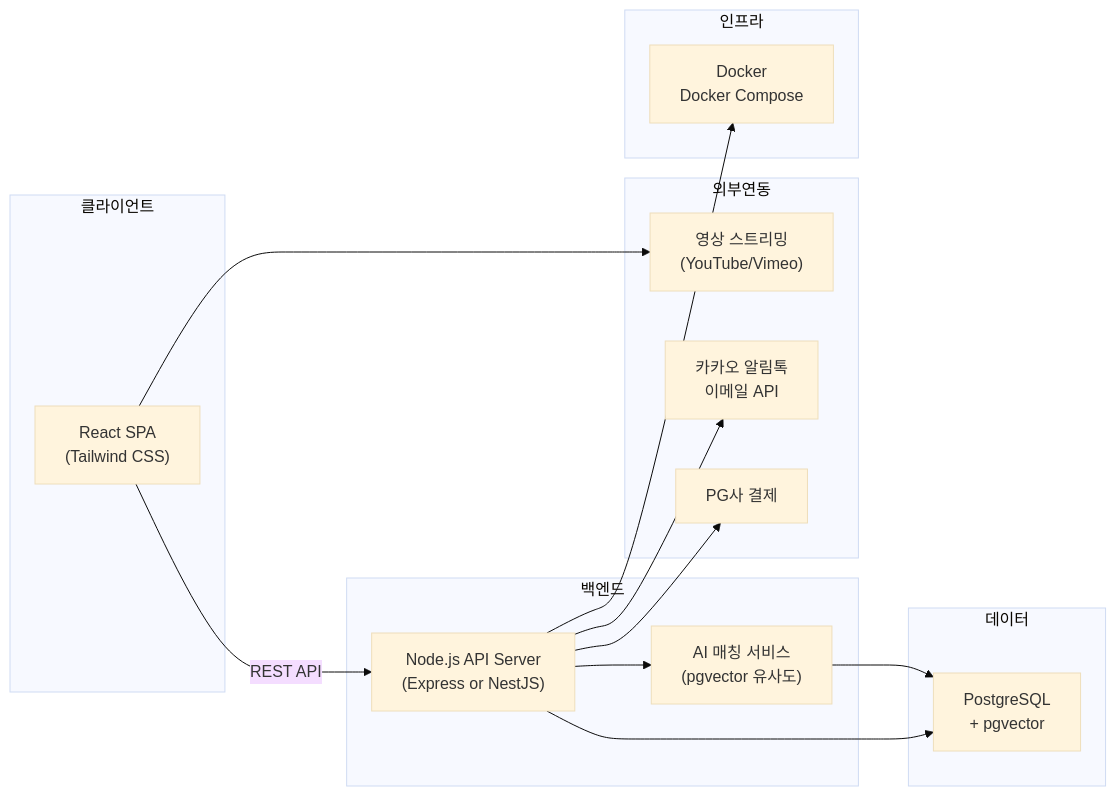
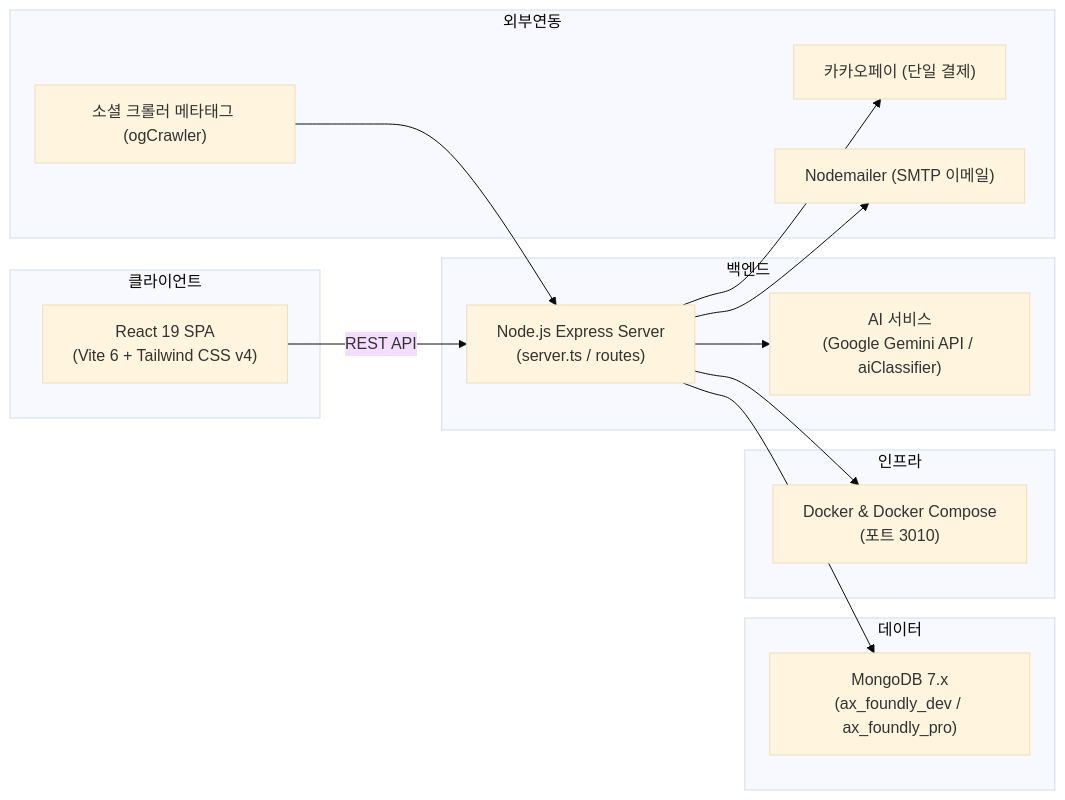
The diagram in .agents/rules/coding/00_PROJECT.md (gocolab/project_axfoundly), drawn with Mermaid (base theme) before and after one commit. The commit also changed other lines of this file and 32 other files, not shown here.

````diff
--- a/.agents/rules/coding/00_PROJECT.md
+++ b/.agents/rules/coding/00_PROJECT.md
@@ -111,30 +108,29 @@
 ```mermaid
 flowchart LR
   subgraph 클라이언트
-    WEB["React SPA\n(Tailwind CSS)"]
+    WEB["React 19 SPA\n(Vite 6 + Tailwind CSS v4)"]
   end
   subgraph 백엔드
-    API["Node.js API Server\n(Express or NestJS)"]
-    AI_SVC["AI 매칭 서비스\n(pgvector 유사도)"]
+    API["Node.js Express Server\n(server.ts / routes)"]
+    AI_SVC["AI 서비스\n(Google Gemini API / aiClassifier)"]
   end
   subgraph 데이터
-    PG["PostgreSQL\n+ pgvector"]
+    MDB["MongoDB 7.x\n(ax_foundly_dev / ax_foundly_pro)"]
   end
   subgraph 외부연동
-    PG_PAY["PG사 결제"]
-    ALARM["카카오 알림톡\n이메일 API"]
-    STREAM["영상 스트리밍\n(YouTube/Vimeo)"]
+    KAKAO["카카오페이 (단일 결제)"]
+    MAIL["Nodemailer (SMTP 이메일)"]
+    OG["소셜 크롤러 메타태그 (ogCrawler)"]
   end
   subgraph 인프라
-    DOCKER["Docker\nDocker Compose"]
+    DOCKER["Docker & Docker Compose\n(포트 3010)"]
   end
 
   WEB -->|"REST API"| API
-  API --> PG
+  API --> MDB
   API --> AI_SVC
-  AI_SVC --> PG
-  API --> PG_PAY
-  API --> ALARM
-  WEB --> STREAM
+  API --> KAKAO
+  API --> MAIL
+  OG --> API
   API --> DOCKER
 ```
````
